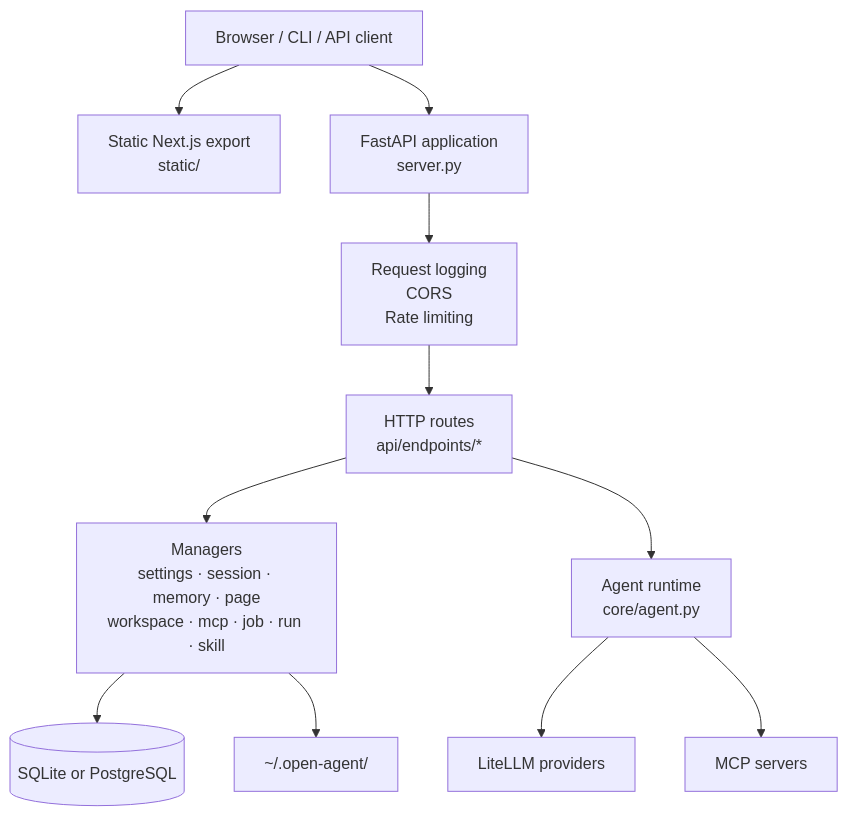
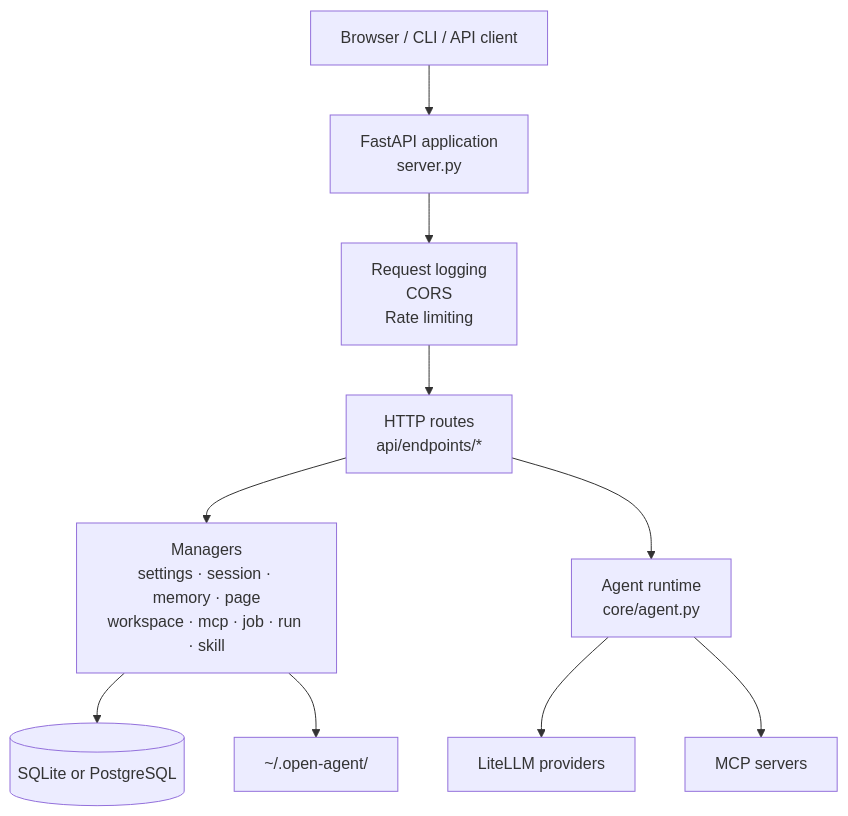
Before and after one commit to kim62210/open-agent: the first of 6 diagrams in docs/architecture.md, drawn with Mermaid. The commit also changed other lines of this file and 140 other files, not shown here.

````diff
--- a/docs/architecture.md
+++ b/docs/architecture.md
@@ -18,25 +18,23 @@
 ```mermaid
 flowchart TB
     Client[Browser / CLI / API client]
-    Static[Static Next.js export\nstatic/]
     App[FastAPI application\nserver.py]
     Middleware[Request logging\nCORS\nRate limiting]
     Routes[HTTP routes\napi/endpoints/*]
     Runtime[Agent runtime\ncore/agent.py]
     Managers[Managers\nsettings · session · memory · page\nworkspace · mcp · job · run · skill]
     DB[(SQLite or PostgreSQL)]
     DataDir[~/.open-agent/]
     MCP[MCP servers]
     LiteLLM[LiteLLM providers]
 
-    Client --> Static
     Client --> App
     App --> Middleware
     Middleware --> Routes
     Routes --> Managers
     Routes --> Runtime
     Runtime --> LiteLLM
     Runtime --> MCP
     Managers --> DB
     Managers --> DataDir
 ```
````
